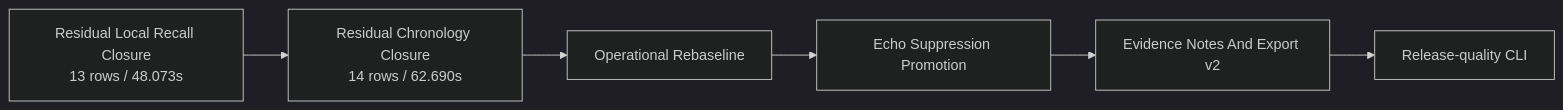
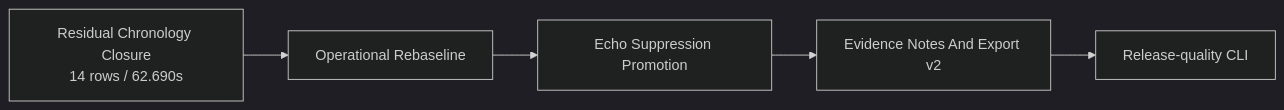
One commit to asukhodko/murmurmark changed the diagram in docs/project/current-goal.md. Above: the diagram before and after it, drawn with Mermaid (dark theme). The commit also changed other lines of this file and 16 other files, not shown here.

Commit message:
feat: close residual local recall corpus

````diff
--- a/docs/project/current-goal.md
+++ b/docs/project/current-goal.md
@@ -54,11 +64,10 @@
 ```mermaid
 flowchart LR
-    A["Residual Local Recall Closure<br/>13 rows / 48.073s"]
-    B["Residual Chronology Closure<br/>14 rows / 62.690s"]
-    C["Operational Rebaseline"]
-    D["Echo Suppression Promotion"]
-    E["Evidence Notes And Export v2"]
-    F["Release-quality CLI"]
+    A["Residual Chronology Closure<br/>14 rows / 62.690s"]
+    B["Operational Rebaseline"]
+    C["Echo Suppression Promotion"]
+    D["Evidence Notes And Export v2"]
+    E["Release-quality CLI"]
 
-    A --> B --> C --> D --> E --> F
+    A --> B --> C --> D --> E
 ```
````
